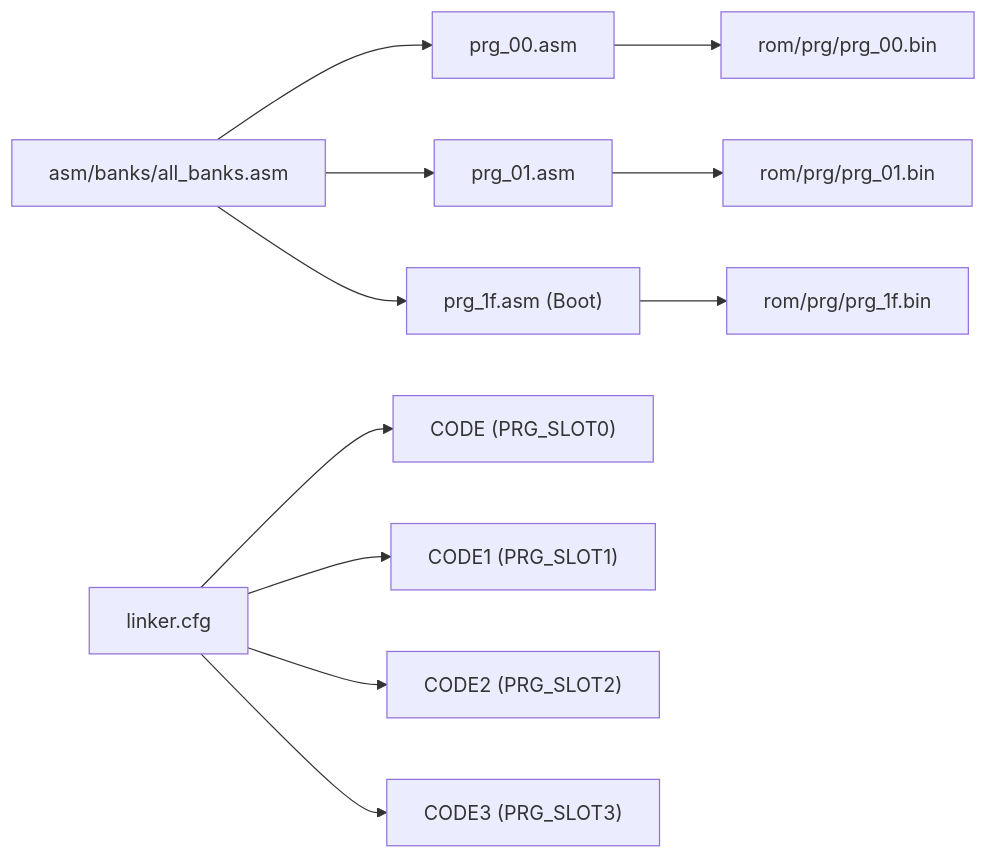
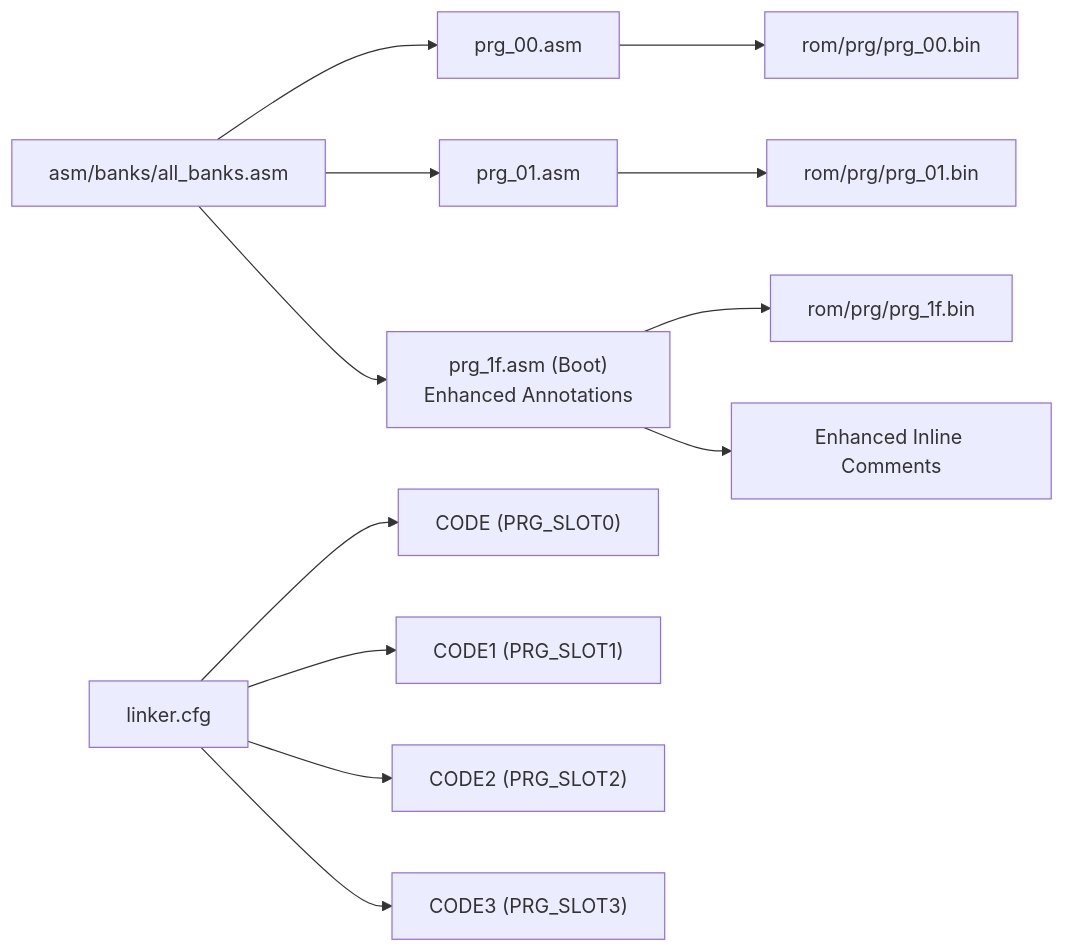
One commit to rabbyzero/sango2dasm changed the eighth of 9 diagrams in .qoder/repowiki/en/content/Assembly Architecture/Assembly Architecture.md. Above: the diagram before and after it, drawn with Mermaid. The commit also changed other lines of this file and 26 other files, not shown here.

````diff
--- a/.qoder/repowiki/en/content/Assembly Architecture/Assembly Architecture.md
+++ b/.qoder/repowiki/en/content/Assembly Architecture/Assembly Architecture.md
@@ -277,13 +336,14 @@
 ```mermaid
 graph LR
 ALLB["asm/banks/all_banks.asm"] --> B00["prg_00.asm"]
 ALLB --> B01["prg_01.asm"]
-ALLB --> B1F["prg_1f.asm (Boot)"]
+ALLB --> B1F["prg_1f.asm (Boot)<br/>Enhanced Annotations"]
 LCFG["linker.cfg"] --> SEG0["CODE (PRG_SLOT0)"]
 LCFG --> SEG1["CODE1 (PRG_SLOT1)"]
 LCFG --> SEG2["CODE2 (PRG_SLOT2)"]
 LCFG --> SEG3["CODE3 (PRG_SLOT3)"]
 B00 --> BIN0["rom/prg/prg_00.bin"]
 B01 --> BIN1["rom/prg/prg_01.bin"]
 B1F --> BIN1F["rom/prg/prg_1f.bin"]
+B1F --> ANNOT["Enhanced Inline Comments"]
 ```
````
